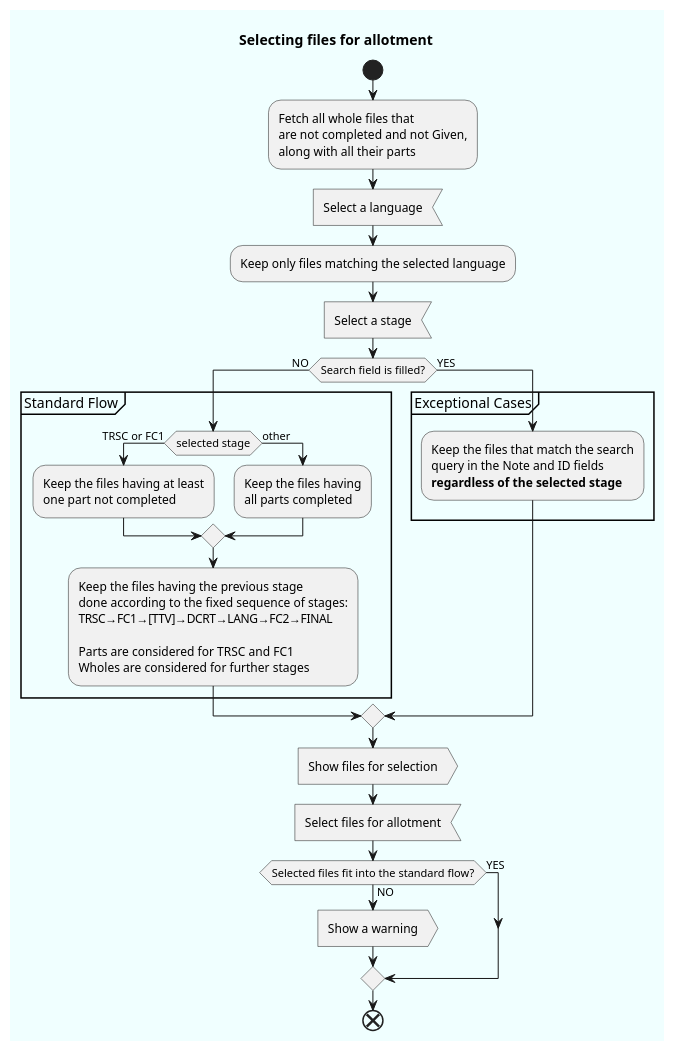
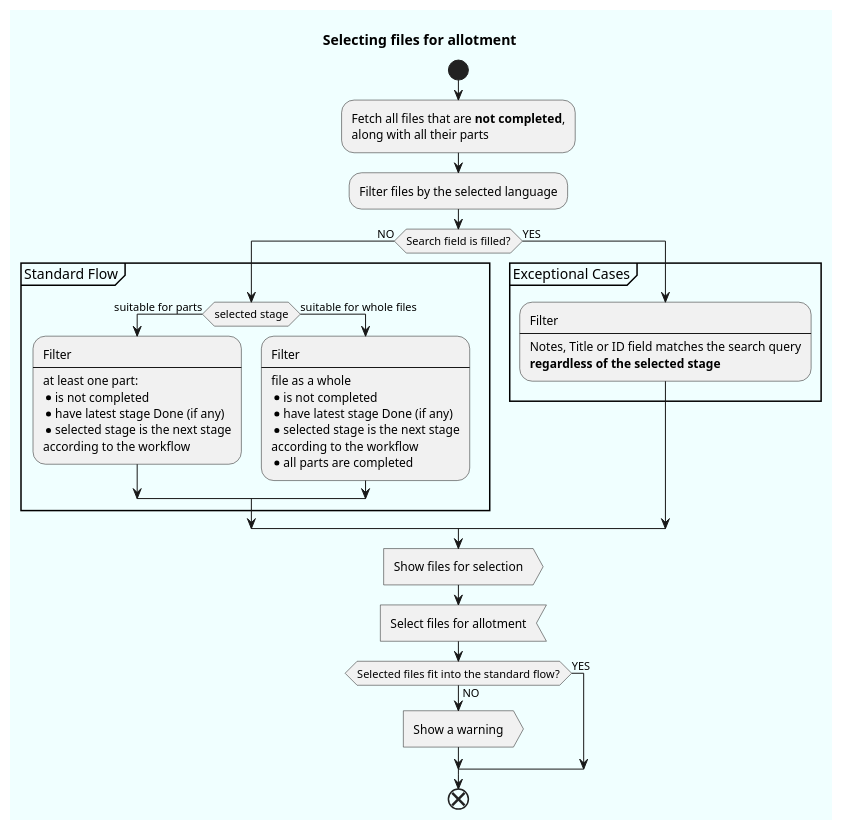
One commit to PureBhaktiArchive/audioseva changed the diagram in TR/docs/files.plantuml. Above: the diagram before and after it, drawn with PlantUML.

Commit message:
Rework the files selection diagram

```diff
--- a/TR/docs/files.plantuml
+++ b/TR/docs/files.plantuml
@@ -1,45 +1,49 @@
 @startuml FilesSelection
 
 title Selecting files for allotment
 skinparam backgroundColor Azure
+skinparam ConditionEndStyle hline
 
 start
-:Fetch all whole files that
-are not completed and not Given,
+:Fetch all files that are **not completed**,
 along with all their parts;
-:Select a language<
-:Keep only files matching the selected language;
-:Select a stage<
+:Filter files by the selected language;
 if (Search field is filled?) then (NO)
   partition "Standard Flow" {
-    if (selected stage) then (TRSC or FC1)
-      :Keep the files having at least
-      one part not completed;
-    else (other)
-      :Keep the files having
-      all parts completed;
+    if (selected stage) then (suitable for parts)
+      :Filter
+      ----
+      at least one part:
+      * is not completed
+      * have latest stage Done (if any)
+      * selected stage is the next stage
+      according to the workflow;
+    else (suitable for whole files)
+      :Filter
+      ----
+      file as a whole
+      * is not completed
+      * have latest stage Done (if any)
+      * selected stage is the next stage
+      according to the workflow
+      * all parts are completed;
     endif
-    :Keep the files having the previous stage
-    done according to the fixed sequence of stages:
-    TRSC→FC1→[TTV]→DCRT→LANG→FC2→FINAL
-    
-    Parts are considered for TRSC and FC1
-    Wholes are considered for further stages;
   }
   
 else (YES)
   partition "Exceptional Cases" {
-    :Keep the files that match the search
-    query in the Note and ID fields
+    :Filter
+    ----
+    Notes, Title or ID field matches the search query
     **regardless of the selected stage**;
   }
 endif
 :Show files for selection>
 :Select files for allotment<
 if (Selected files fit into the standard flow?) then (NO)
   :Show a warning>
 else (YES)
 endif
 
 end
 @enduml
```
